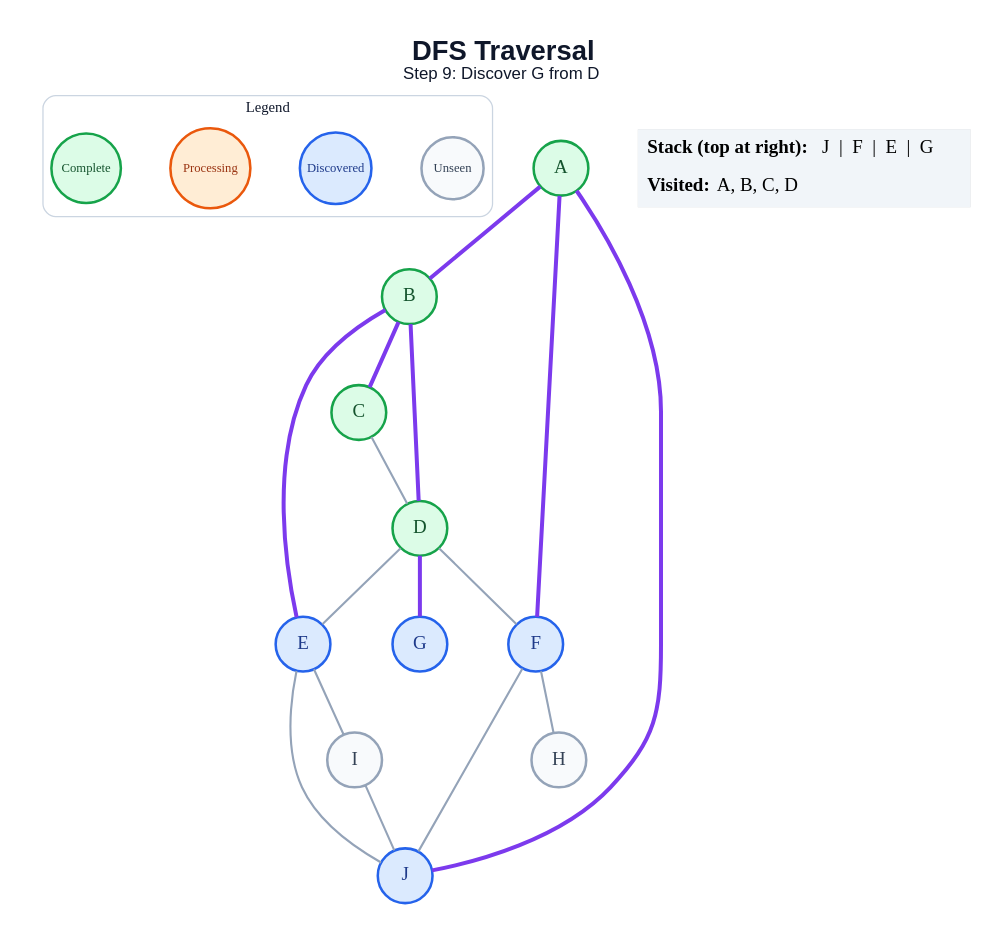
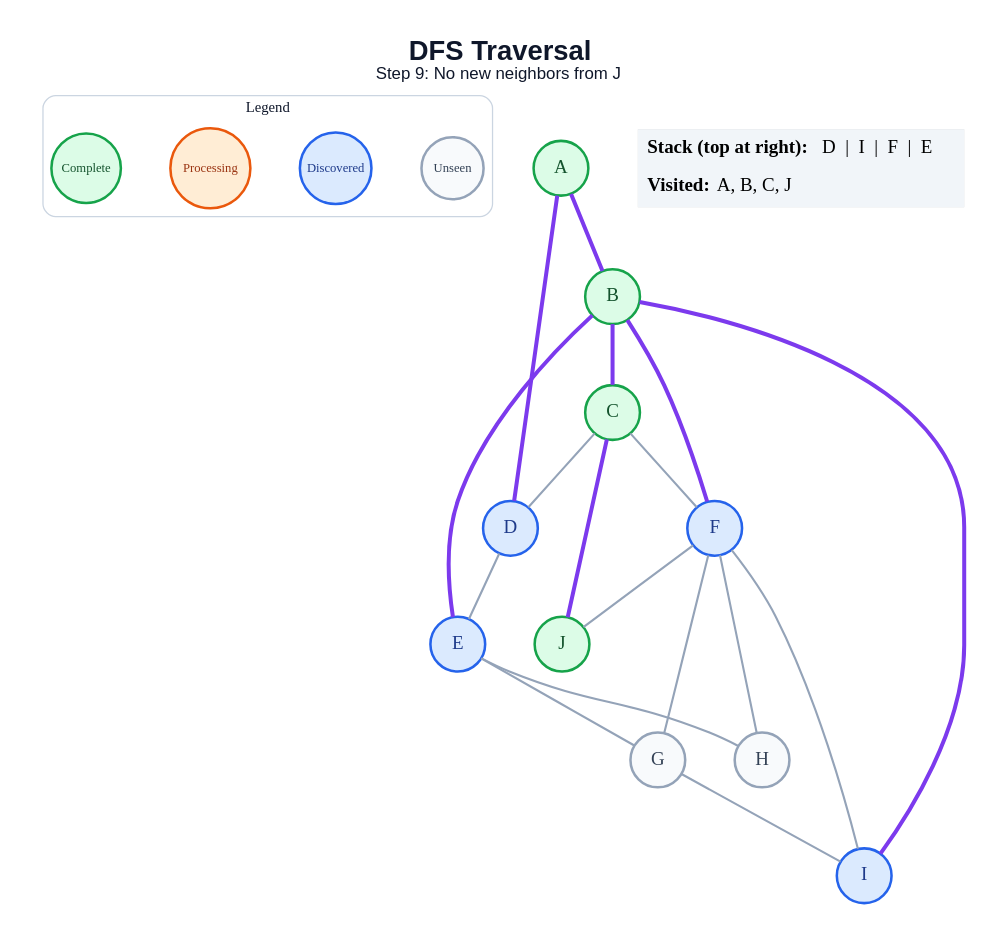
One commit to anon7238593-create/ai-slop changed the diagram in generated/dfs/step_09.dot. Above: the diagram before and after it, drawn with Graphviz. The commit also changed 178 other files, not shown here.

```diff
--- a/generated/dfs/step_09.dot
+++ b/generated/dfs/step_09.dot
@@ -1,44 +1,46 @@
 graph traversal {
   graph [layout=dot, rankdir=TB, bgcolor="#FFFFFF", pad="0.35", nodesep="0.65", ranksep="0.8", fontname="Arial"];
   node [shape=circle, style="filled", fontname="Arial Bold", fontsize=18, width=0.72, fixedsize=true, penwidth=2.4];
   edge [color="#94A3B8", penwidth=2.0];
-  label=<<B>DFS Traversal</B><BR/><FONT POINT-SIZE="16">Step 9: Discover G from D</FONT>>; labelloc="t"; fontsize=26; fontname="Arial"; fontcolor="#0F172A";
+  label=<<B>DFS Traversal</B><BR/><FONT POINT-SIZE="16">Step 9: No new neighbors from J</FONT>>; labelloc="t"; fontsize=26; fontname="Arial"; fontcolor="#0F172A";
   subgraph cluster_legend { label="Legend"; color="#CBD5E1"; penwidth=1.2; style="rounded"; fontsize=14; fontname="Arial Bold";
     key_unseen [label="Unseen", fillcolor="#F8FAFC", color="#94A3B8", fontcolor="#334155", fontsize=12, width=0.82];
     key_frontier [label="Discovered", fillcolor="#DBEAFE", color="#2563EB", fontcolor="#1E3A8A", fontsize=12, width=0.95];
     key_current [label="Processing", fillcolor="#FFEDD5", color="#EA580C", fontcolor="#9A3412", fontsize=12, width=1.05];
     key_done [label="Complete", fillcolor="#DCFCE7", color="#16A34A", fontcolor="#14532D", fontsize=12, width=0.92];
     { rank=same; key_unseen; key_frontier; key_current; key_done; }
   }
   A [fillcolor="#DCFCE7", color="#16A34A", fontcolor="#14532D"];
   B [fillcolor="#DCFCE7", color="#16A34A", fontcolor="#14532D"];
   C [fillcolor="#DCFCE7", color="#16A34A", fontcolor="#14532D"];
-  D [fillcolor="#DCFCE7", color="#16A34A", fontcolor="#14532D"];
+  D [fillcolor="#DBEAFE", color="#2563EB", fontcolor="#1E3A8A"];
   E [fillcolor="#DBEAFE", color="#2563EB", fontcolor="#1E3A8A"];
   F [fillcolor="#DBEAFE", color="#2563EB", fontcolor="#1E3A8A"];
-  G [fillcolor="#DBEAFE", color="#2563EB", fontcolor="#1E3A8A"];
+  G [fillcolor="#F8FAFC", color="#94A3B8", fontcolor="#334155"];
   H [fillcolor="#F8FAFC", color="#94A3B8", fontcolor="#334155"];
-  I [fillcolor="#F8FAFC", color="#94A3B8", fontcolor="#334155"];
-  J [fillcolor="#DBEAFE", color="#2563EB", fontcolor="#1E3A8A"];
+  I [fillcolor="#DBEAFE", color="#2563EB", fontcolor="#1E3A8A"];
+  J [fillcolor="#DCFCE7", color="#16A34A", fontcolor="#14532D"];
   A -- B [color="#7C3AED", penwidth=3.8];
-  A -- F [color="#7C3AED", penwidth=3.8];
-  A -- J [color="#7C3AED", penwidth=3.8];
+  A -- D [color="#7C3AED", penwidth=3.8];
   B -- C [color="#7C3AED", penwidth=3.8];
-  B -- D [color="#7C3AED", penwidth=3.8];
   B -- E [color="#7C3AED", penwidth=3.8];
+  B -- F [color="#7C3AED", penwidth=3.8];
+  B -- I [color="#7C3AED", penwidth=3.8];
   C -- D;
+  C -- F;
+  C -- J [color="#7C3AED", penwidth=3.8];
   D -- E;
-  D -- F;
-  D -- G [color="#7C3AED", penwidth=3.8];
-  E -- I;
-  E -- J;
+  E -- G;
+  E -- H;
+  F -- G;
   F -- H;
+  F -- I;
   F -- J;
-  I -- J;
+  G -- I;
   status [shape=plain, fixedsize=false, width=0, height=0, margin=0, label=<
     <TABLE BORDER="0" CELLBORDER="0" CELLPADDING="7" BGCOLOR="#F1F5F9">
-      <TR><TD ALIGN="LEFT"><B>Stack (top at right):</B> J  |  F  |  E  |  G</TD></TR>
-      <TR><TD ALIGN="LEFT"><B>Visited:</B> A, B, C, D</TD></TR>
+      <TR><TD ALIGN="LEFT"><B>Stack (top at right):</B> D  |  I  |  F  |  E</TD></TR>
+      <TR><TD ALIGN="LEFT"><B>Visited:</B> A, B, C, J</TD></TR>
     </TABLE>
   >];
 }
```
